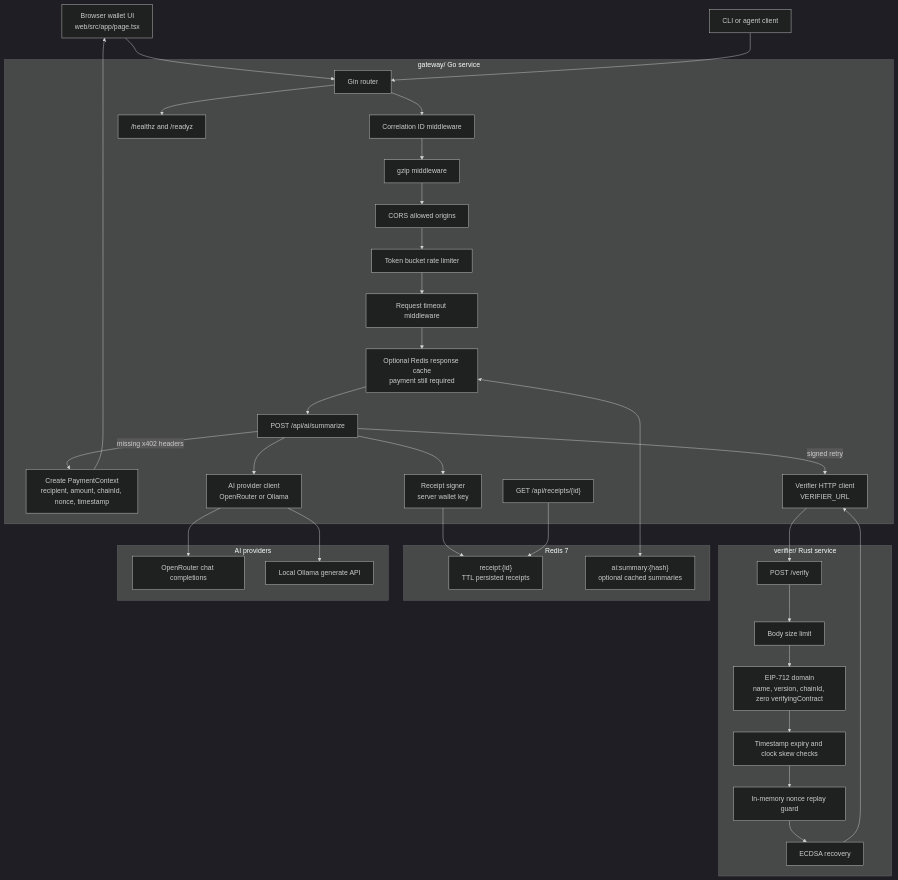
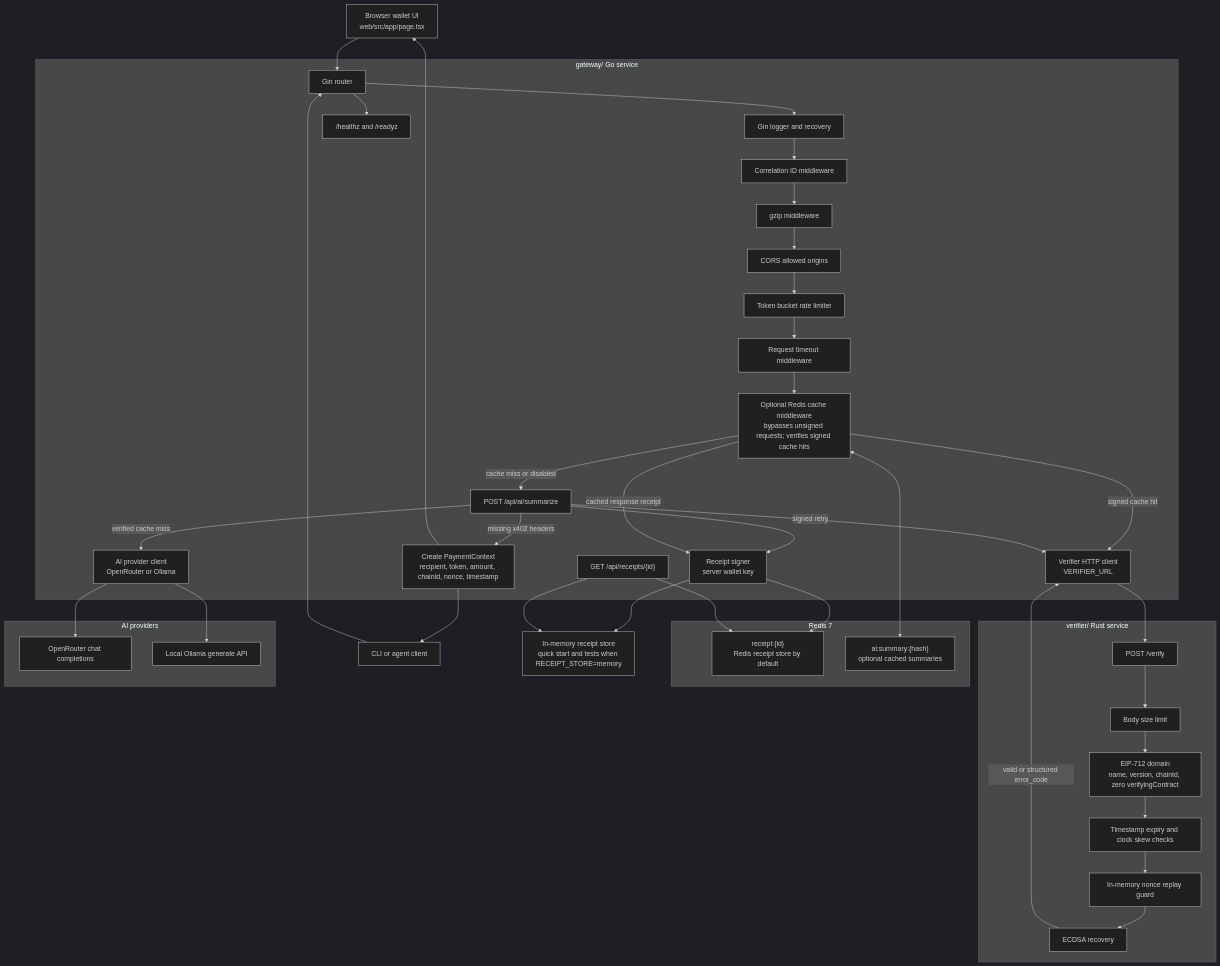
The second of 4 diagrams in README.md (karuna-1/MicroAI-Paygate), drawn with Mermaid (dark theme) before and after one commit. The commit also changed other lines of this file and 2 other files, not shown here.

Commit message:
docs(readme): align diagrams with current architecture

````diff
--- a/README.md
+++ b/README.md
@@ -79,57 +79,66 @@
 ```mermaid
 flowchart TB
     Browser["Browser wallet UI\nweb/src/app/page.tsx"]
     CLI["CLI or agent client"]
 
     subgraph Gateway["gateway/ Go service"]
       Gin["Gin router"]
+      LoggerRecovery["Gin logger and recovery"]
       Correlation["Correlation ID middleware"]
       Compression["gzip middleware"]
       CORS["CORS allowed origins"]
       RateLimit["Token bucket rate limiter"]
       Timeout["Request timeout middleware"]
-      Cache["Optional Redis response cache\npayment still required"]
+      Cache["Optional Redis cache middleware\nbypasses unsigned requests; verifies signed cache hits"]
       Summarize["POST /api/ai/summarize"]
-      PaymentContext["Create PaymentContext\nrecipient, amount, chainId, nonce, timestamp"]
+      PaymentContext["Create PaymentContext\nrecipient, token, amount, chainId, nonce, timestamp"]
       VerifyClient["Verifier HTTP client\nVERIFIER_URL"]
       AIClient["AI provider client\nOpenRouter or Ollama"]
       ReceiptSigner["Receipt signer\nserver wallet key"]
       ReceiptLookup["GET /api/receipts/{id}"]
       Health["/healthz and /readyz"]
     end
 
     subgraph VerifierService["verifier/ Rust service"]
       BodyLimit["Body size limit"]
       Domain["EIP-712 domain\nname, version, chainId, zero verifyingContract"]
       Timestamp["Timestamp expiry and clock skew checks"]
       Nonce["In-memory nonce replay guard"]
       Recovery["ECDSA recovery"]
       VerifyRoute["POST /verify"]
     end
 
     subgraph Storage["Redis 7"]
-      Receipts["receipt:{id}\nTTL persisted receipts"]
+      Receipts["receipt:{id}\nRedis receipt store by default"]
       ResponseCache["ai:summary:{hash}\noptional cached summaries"]
     end
+
+    MemoryStore["In-memory receipt store\nquick start and tests when RECEIPT_STORE=memory"]
 
     subgraph Providers["AI providers"]
       OpenRouter["OpenRouter chat completions"]
       Ollama["Local Ollama generate API"]
     end
 
     Browser --> Gin
     CLI --> Gin
-    Gin --> Correlation --> Compression --> CORS --> RateLimit --> Timeout --> Cache --> Summarize
+    Gin --> LoggerRecovery --> Correlation --> Compression --> CORS --> RateLimit --> Timeout --> Cache
+    Cache -->|cache miss or disabled| Summarize
+    Cache -->|signed cache hit| VerifyClient
     Summarize -->|missing x402 headers| PaymentContext
     PaymentContext --> Browser
+    PaymentContext --> CLI
     Summarize -->|signed retry| VerifyClient --> VerifyRoute
     VerifyRoute --> BodyLimit --> Domain --> Timestamp --> Nonce --> Recovery
-    Recovery --> VerifyClient
-    Summarize --> AIClient
+    Recovery -->|valid or structured error_code| VerifyClient
+    Summarize -->|verified cache miss| AIClient
     AIClient --> OpenRouter
     AIClient --> Ollama
     Summarize --> ReceiptSigner --> Receipts
+    ReceiptSigner --> MemoryStore
+    Cache -->|cached response receipt| ReceiptSigner
     Cache <--> ResponseCache
     ReceiptLookup --> Receipts
+    ReceiptLookup --> MemoryStore
     Gin --> Health
 ```
````
